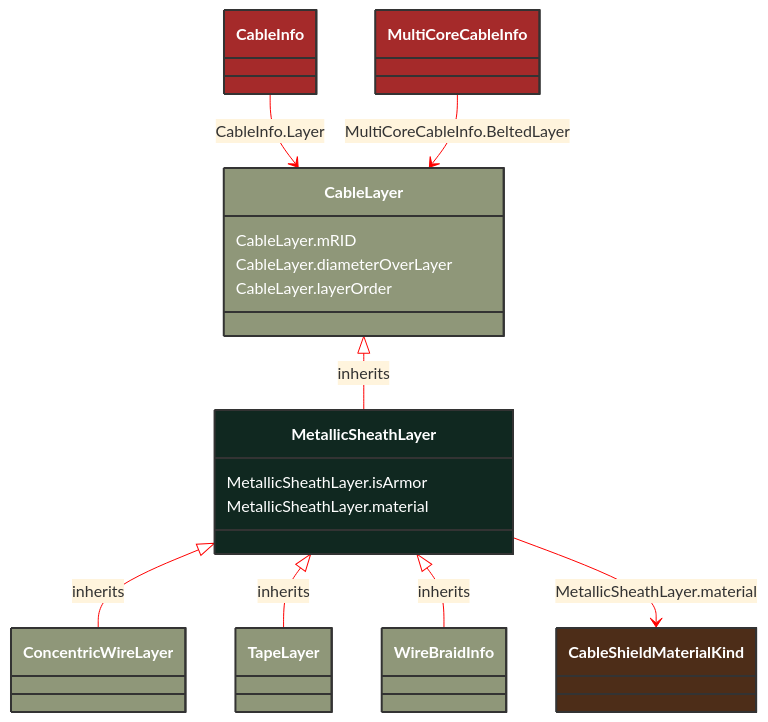
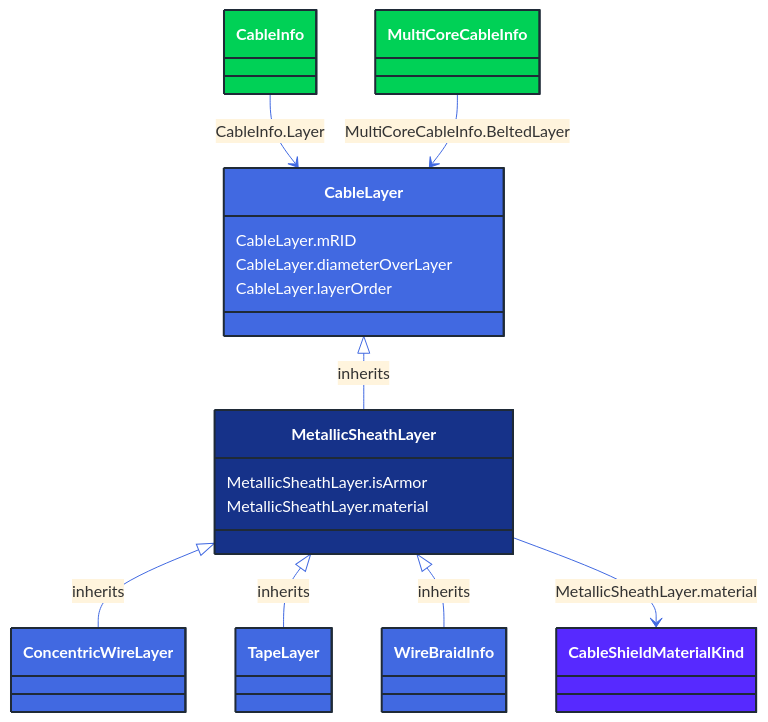
The diagram in docs/Models/Profiles/SubseaCableInfo/ConcreteClasses/MetallicSheathLayer.md (3lbits/NoCIMExtensions), drawn with Mermaid before and after one commit. The commit also changed 362 other files, not shown here.

First line of the commit message:
Update diagrams and styles for improved visual consistency

````diff
--- a/docs/Models/Profiles/SubseaCableInfo/ConcreteClasses/MetallicSheathLayer.md
+++ b/docs/Models/Profiles/SubseaCableInfo/ConcreteClasses/MetallicSheathLayer.md
@@ -8,54 +8,54 @@
 ```mermaid
-%%{init: {'theme':'base','themeVariables': {'lineColor': '#FF0000'}}}%%
+%%{init: {'theme':'base','themeVariables': {'lineColor': '#4169E1'}}}%%
 classDiagram
     class MetallicSheathLayer
     click MetallicSheathLayer href "/Models/Profiles/SubseaCableInfo/ConcreteClasses/MetallicSheathLayer/"
-    style MetallicSheathLayer fill:#102820,stroke:#333,stroke-width:2px,rx:10,ry:10,color:white
+    style MetallicSheathLayer fill:#163289,stroke:#1F2A37,stroke-width:2px,rx:10,ry:10,color:white
 
         MetallicSheathLayer <|-- ConcentricWireLayer : inherits
 
         ConcentricWireLayer
             click ConcentricWireLayer href "/Models/Profiles/SubseaCableInfo/ConcreteClasses/ConcentricWireLayer/"
-            style ConcentricWireLayer fill:#8F9779,stroke:#333,stroke-width:2px,rx:10,ry:10,color:white
+            style ConcentricWireLayer fill:#4169E1,stroke:#1F2A37,stroke-width:2px,rx:10,ry:10,color:white
 
         MetallicSheathLayer <|-- TapeLayer : inherits
 
         TapeLayer
             click TapeLayer href "/Models/Profiles/SubseaCableInfo/ConcreteClasses/TapeLayer/"
-            style TapeLayer fill:#8F9779,stroke:#333,stroke-width:2px,rx:10,ry:10,color:white
+            style TapeLayer fill:#4169E1,stroke:#1F2A37,stroke-width:2px,rx:10,ry:10,color:white
 
         MetallicSheathLayer <|-- WireBraidInfo : inherits
 
         WireBraidInfo
             click WireBraidInfo href "/Models/Profiles/SubseaCableInfo/ConcreteClasses/WireBraidInfo/"
-            style WireBraidInfo fill:#8F9779,stroke:#333,stroke-width:2px,rx:10,ry:10,color:white
+            style WireBraidInfo fill:#4169E1,stroke:#1F2A37,stroke-width:2px,rx:10,ry:10,color:white
      
         CableLayer <|-- MetallicSheathLayer : inherits
             click CableLayer href "/Models/Profiles/SubseaCableInfo/AbstractClasses/CableLayer/"
-            style CableLayer fill:#8F9779,stroke:#333,stroke-width:2px,rx:10,ry:10,color:white
+            style CableLayer fill:#4169E1,stroke:#1F2A37,stroke-width:2px,rx:10,ry:10,color:white
 
 
         CableInfo --> CableLayer : CableInfo.Layer
 
         CableInfo
             click CableInfo href "/Models/Profiles/SubseaCableInfo/ConcreteClasses/CableInfo/"
-            style CableInfo fill:#A52A2A,stroke:#333,stroke-width:2px,rx:10,ry:10,color:white
+            style CableInfo fill:#00D156,stroke:#1F2A37,stroke-width:2px,rx:10,ry:10,color:white
 
         MultiCoreCableInfo --> CableLayer : MultiCoreCableInfo.BeltedLayer
 
         MultiCoreCableInfo
             click MultiCoreCableInfo href "/Models/Profiles/SubseaCableInfo/ConcreteClasses/MultiCoreCableInfo/"
-            style MultiCoreCableInfo fill:#A52A2A,stroke:#333,stroke-width:2px,rx:10,ry:10,color:white
+            style MultiCoreCableInfo fill:#00D156,stroke:#1F2A37,stroke-width:2px,rx:10,ry:10,color:white
 
         MetallicSheathLayer --> CableShieldMaterialKind : MetallicSheathLayer.material
 
         CableShieldMaterialKind
             click CableShieldMaterialKind href "/Models/Profiles/SubseaCableInfo/Enumerations/CableShieldMaterialKind/"
-            style CableShieldMaterialKind fill:#4D2D18,stroke:#333,stroke-width:2px,rx:10,ry:10,color:white
+            style CableShieldMaterialKind fill:#5729FF,stroke:#1F2A37,stroke-width:2px,rx:10,ry:10,color:white
 
         MetallicSheathLayer : MetallicSheathLayer.isArmor
         MetallicSheathLayer : MetallicSheathLayer.material
         CableLayer : CableLayer.mRID
         CableLayer : CableLayer.diameterOverLayer
         CableLayer : CableLayer.layerOrder
 ```
````
